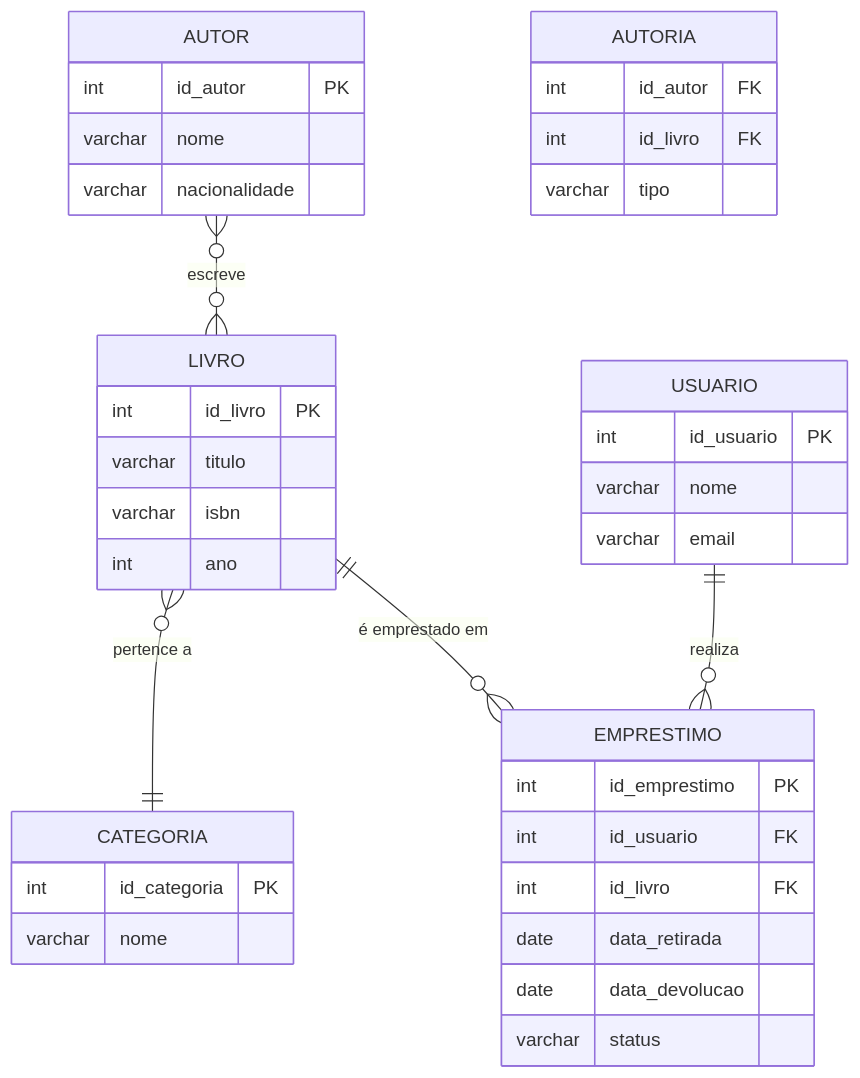
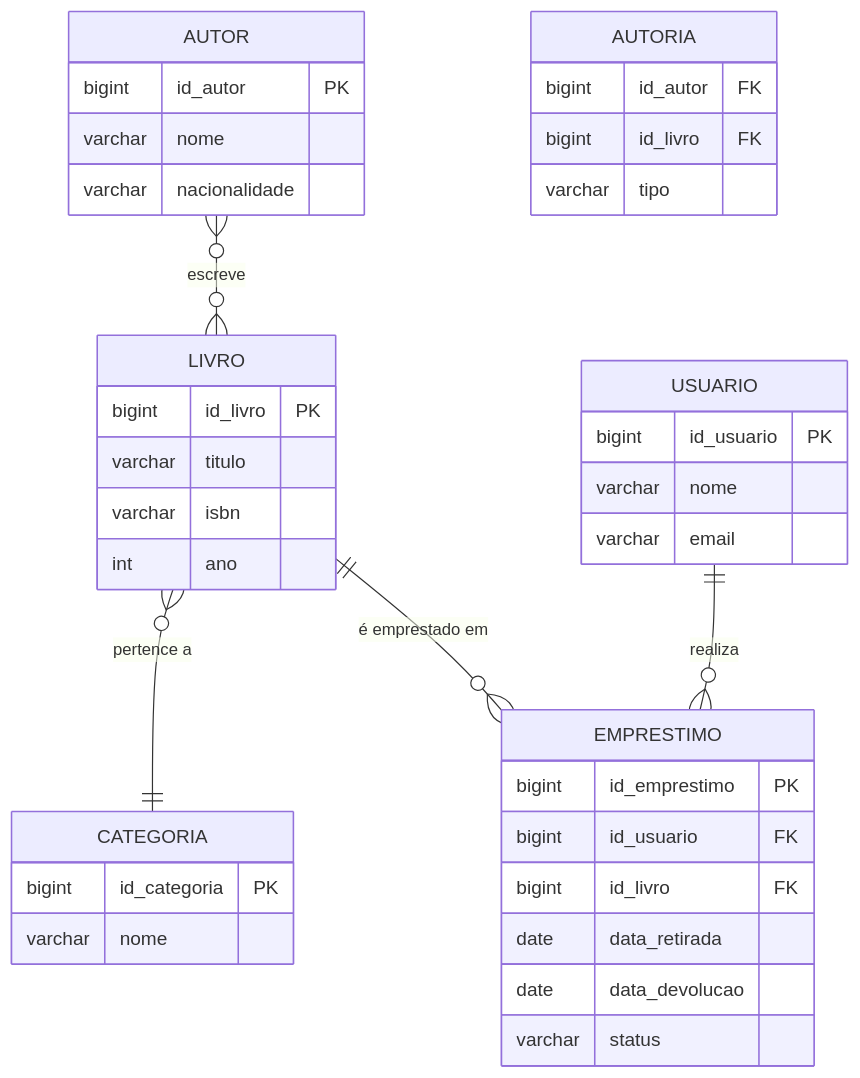
Before and after one commit to DSM-Fatec-Jahu/Banco-de-Dados-Relacional-IBD015: the eighth of 8 diagrams in aulas/Aula_02_Normalizacao.md, drawn with Mermaid. The commit also changed other lines of this file and 13 other files, not shown here.

````diff
--- a/aulas/Aula_02_Normalizacao.md
+++ b/aulas/Aula_02_Normalizacao.md
@@ -683,46 +683,46 @@
 ```mermaid
 erDiagram
     AUTOR {
-        int id_autor PK
+        bigint id_autor PK
         varchar nome
         varchar nacionalidade
     }
 
     LIVRO {
-        int id_livro PK
+        bigint id_livro PK
         varchar titulo
         varchar isbn
         int ano
     }
 
     CATEGORIA {
-        int id_categoria PK
+        bigint id_categoria PK
         varchar nome
     }
 
     USUARIO {
-        int id_usuario PK
+        bigint id_usuario PK
         varchar nome
         varchar email
     }
 
     AUTORIA {
-        int id_autor FK
-        int id_livro FK
+        bigint id_autor FK
+        bigint id_livro FK
         varchar tipo
     }
 
     EMPRESTIMO {
-        int id_emprestimo PK
-        int id_usuario FK
-        int id_livro FK
+        bigint id_emprestimo PK
+        bigint id_usuario FK
+        bigint id_livro FK
         date data_retirada
         date data_devolucao
         varchar status
     }
 
     AUTOR }o--o{ LIVRO : "escreve"
     LIVRO }o--|| CATEGORIA : "pertence a"
     USUARIO ||--o{ EMPRESTIMO : "realiza"
     LIVRO ||--o{ EMPRESTIMO : "é emprestado em"
 ```
````
